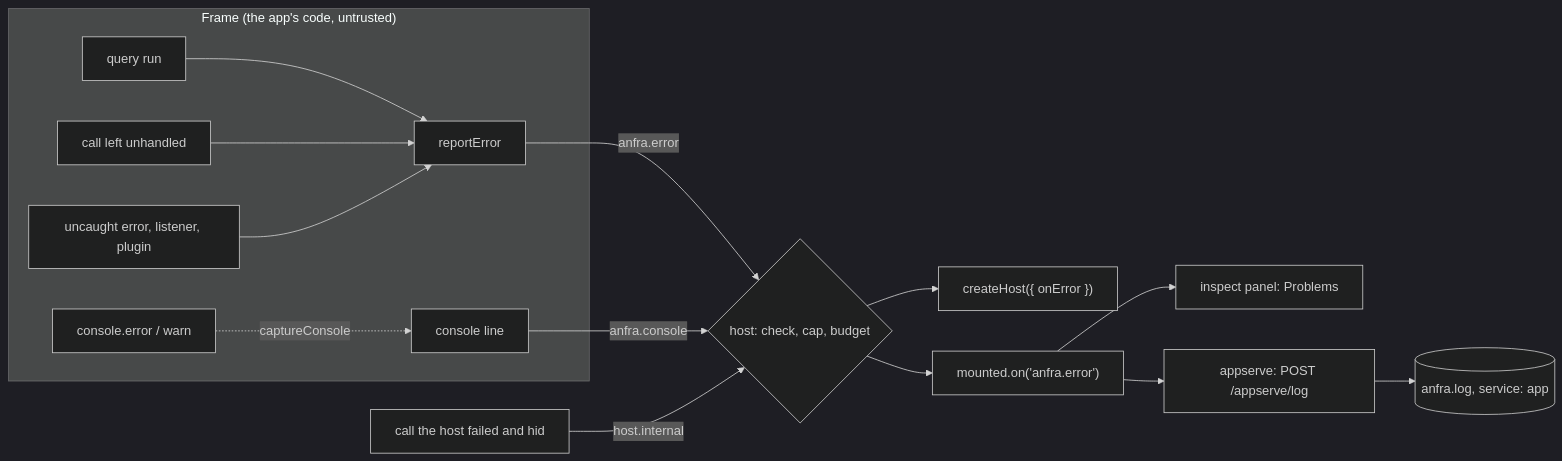
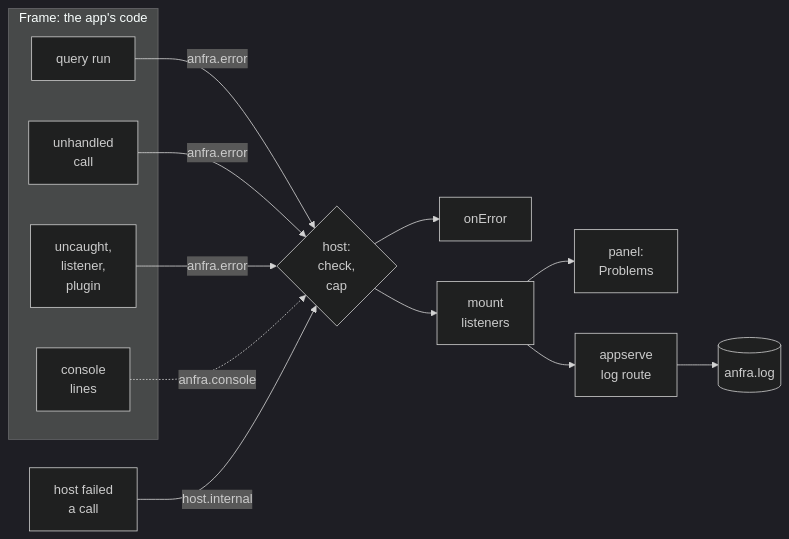
One commit to holistics/anfra changed the diagram in docs/designs/errors/data-apps.md. Above: the diagram before and after it, drawn with Mermaid (dark theme). The commit also changed other lines of this file, not shown here.

Commit message:
docs: a flow diagram GitHub draws whole

````diff
--- a/docs/designs/errors/data-apps.md
+++ b/docs/designs/errors/data-apps.md
@@ -36,17 +36,21 @@
 ```mermaid
 flowchart LR
-  subgraph frame["Frame (the app's code, untrusted)"]
-    Q["query run"] --> R["reportError"]
-    C["call left unhandled"] --> R
-    U["uncaught error, listener, plugin"] --> R
-    K["console.error / warn"] -.->|captureConsole| R2["console line"]
+  subgraph frame["Frame: the app's code"]
+    Q["query run"]
+    C["unhandled<br/>call"]
+    U["uncaught,<br/>listener,<br/>plugin"]
+    K["console<br/>lines"]
   end
-  R -->|anfra.error| H{"host: check, cap, budget"}
-  R2 -->|anfra.console| H
-  HI["call the host failed and hid"] -->|host.internal| H
-  H --> OE["createHost({ onError })"]
-  H --> ON["mounted.on('anfra.error')"]
-  ON --> P["inspect panel: Problems"]
-  ON --> L["appserve: POST /appserve/log"]
-  L --> LOG[("anfra.log, service: app")]
+  HI["host failed<br/>a call"]
+  H{"host:<br/>check,<br/>cap"}
+  Q -->|anfra.error| H
+  C -->|anfra.error| H
+  U -->|anfra.error| H
+  K -.->|anfra.console| H
+  HI -->|host.internal| H
+  H --> OE["onError"]
+  H --> ON["mount<br/>listeners"]
+  ON --> P["panel:<br/>Problems"]
+  ON --> L["appserve<br/>log route"]
+  L --> LOG[("anfra.log")]
 ```
````
